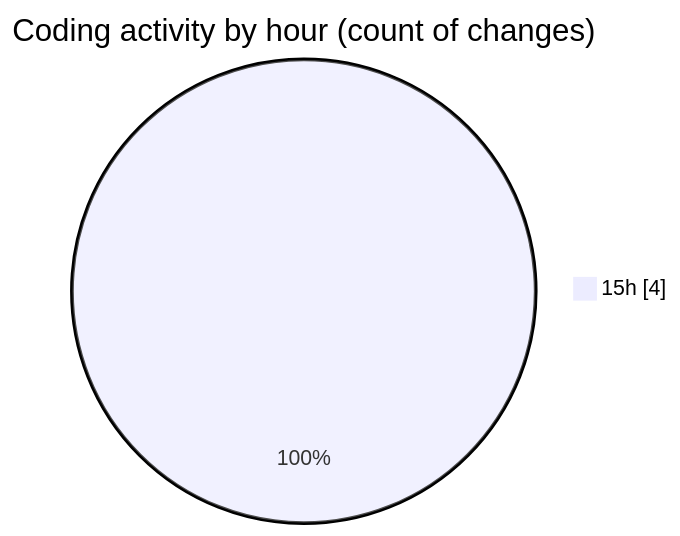
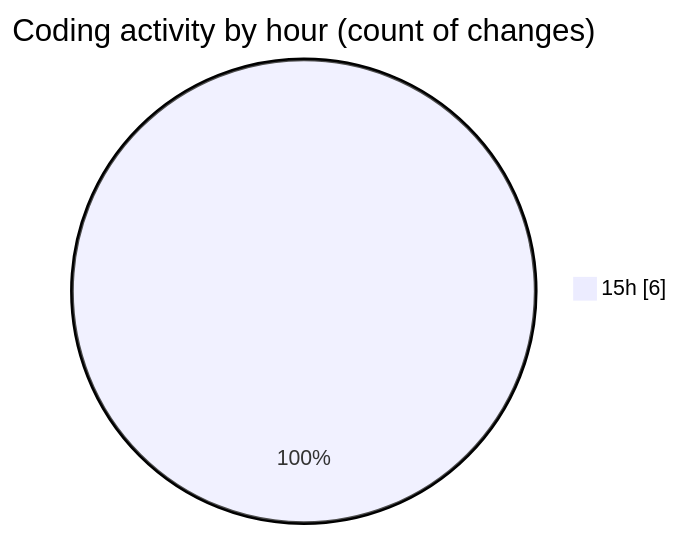
The second of 2 diagrams in 2025-07-26/cohera/README.md (JenPaints/code-tracking), drawn with Mermaid before and after one commit. The commit also changed other lines of this file and 1 other file, not shown here.

````diff
--- a/2025-07-26/cohera/README.md
+++ b/2025-07-26/cohera/README.md
@@ -30,5 +30,5 @@
 ```mermaid
 pie showData
 title Coding activity by hour (count of changes)
-"15h" : 4
+"15h" : 6
 ```
````
